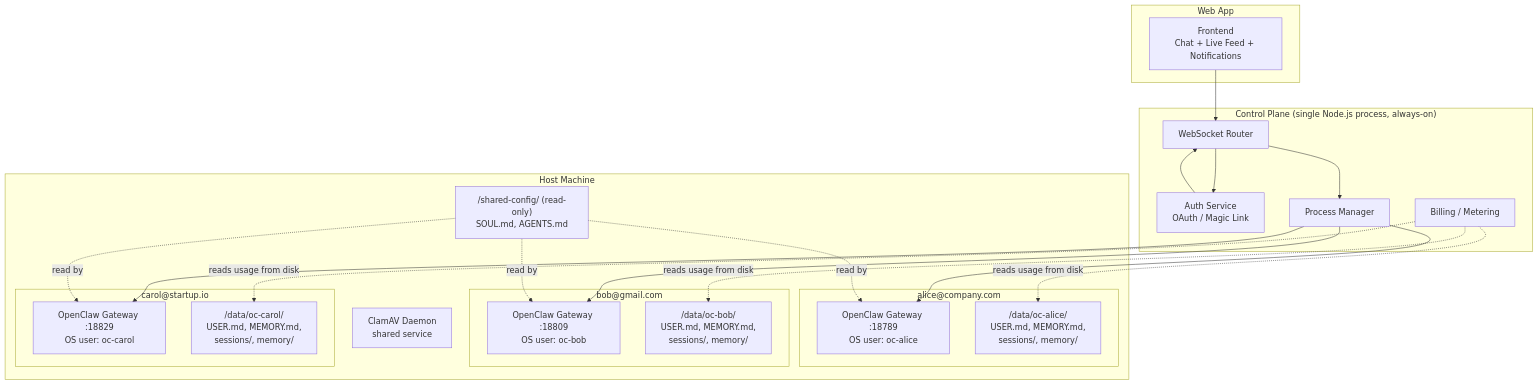
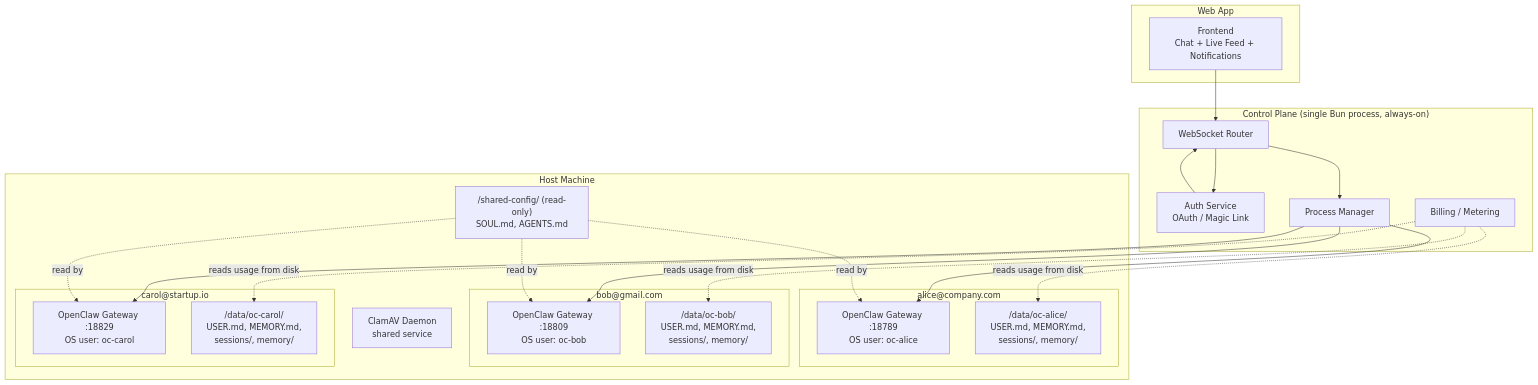
The first of 5 diagrams in brainstorm/architecture.md (1qh/claw), drawn with Mermaid before and after one commit. The commit also changed other lines of this file and 2 other files, not shown here.

Commit message:
Use TimescaleDB, Bun runtime, clean up redundancy

````diff
--- a/brainstorm/architecture.md
+++ b/brainstorm/architecture.md
@@ -19,39 +19,39 @@
 ```mermaid
 graph TB
     subgraph "Web App"
         FE[Frontend<br/>Chat + Live Feed + Notifications]
     end
 
-    subgraph "Control Plane (single Node.js process, always-on)"
+    subgraph "Control Plane (single Bun process, always-on)"
         AUTH[Auth Service<br/>OAuth / Magic Link]
         ROUTER[WebSocket Router]
         PM[Process Manager]
         METER[Billing / Metering]
     end
 
     subgraph "Host Machine"
         subgraph "alice@company.com"
             GW1["OpenClaw Gateway :18789<br/>OS user: oc-alice"]
             WS1["/data/oc-alice/<br/>USER.md, MEMORY.md,<br/>sessions/, memory/"]
         end
         subgraph "bob@gmail.com"
             GW2["OpenClaw Gateway :18809<br/>OS user: oc-bob"]
             WS2["/data/oc-bob/<br/>USER.md, MEMORY.md,<br/>sessions/, memory/"]
         end
         subgraph "carol@startup.io"
             GW3["OpenClaw Gateway :18829<br/>OS user: oc-carol"]
             WS3["/data/oc-carol/<br/>USER.md, MEMORY.md,<br/>sessions/, memory/"]
         end
 
         SHARED["/shared-config/ (read-only)<br/>SOUL.md, AGENTS.md"]
         CLAM[ClamAV Daemon<br/>shared service]
     end
 
     FE --> ROUTER
     ROUTER --> AUTH
     AUTH --> ROUTER
     ROUTER --> PM
     PM --> GW1 & GW2 & GW3
     METER -.->|reads usage from disk| WS1 & WS2 & WS3
     SHARED -.->|read by| GW1 & GW2 & GW3
 ```
````
